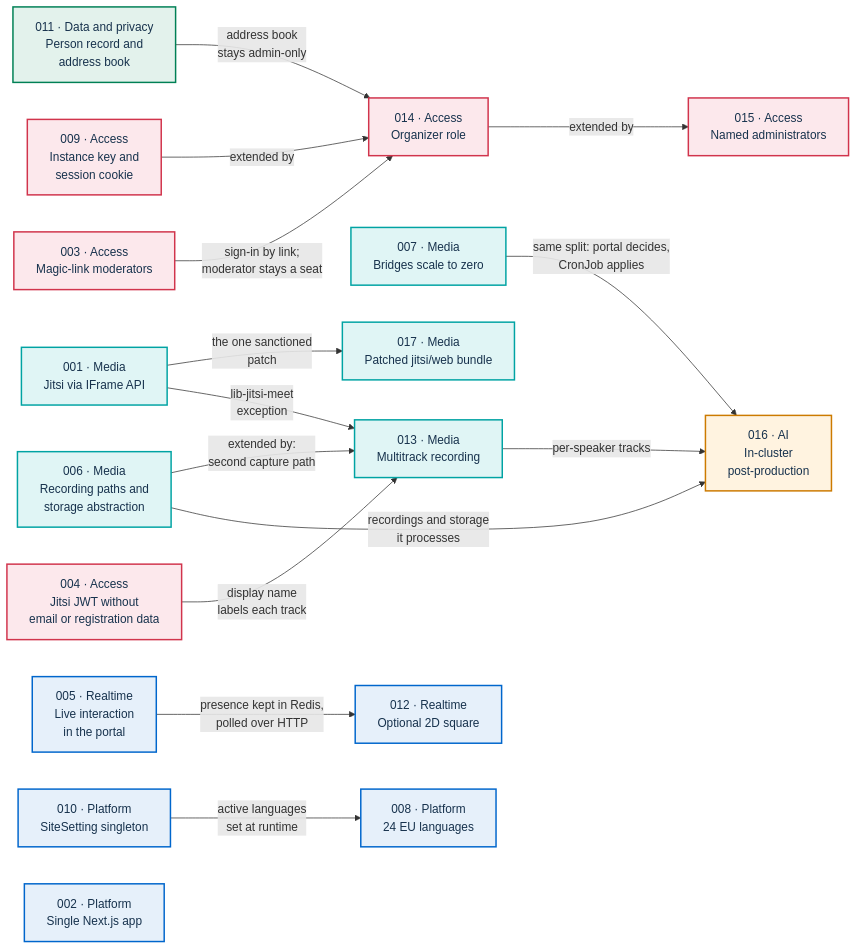
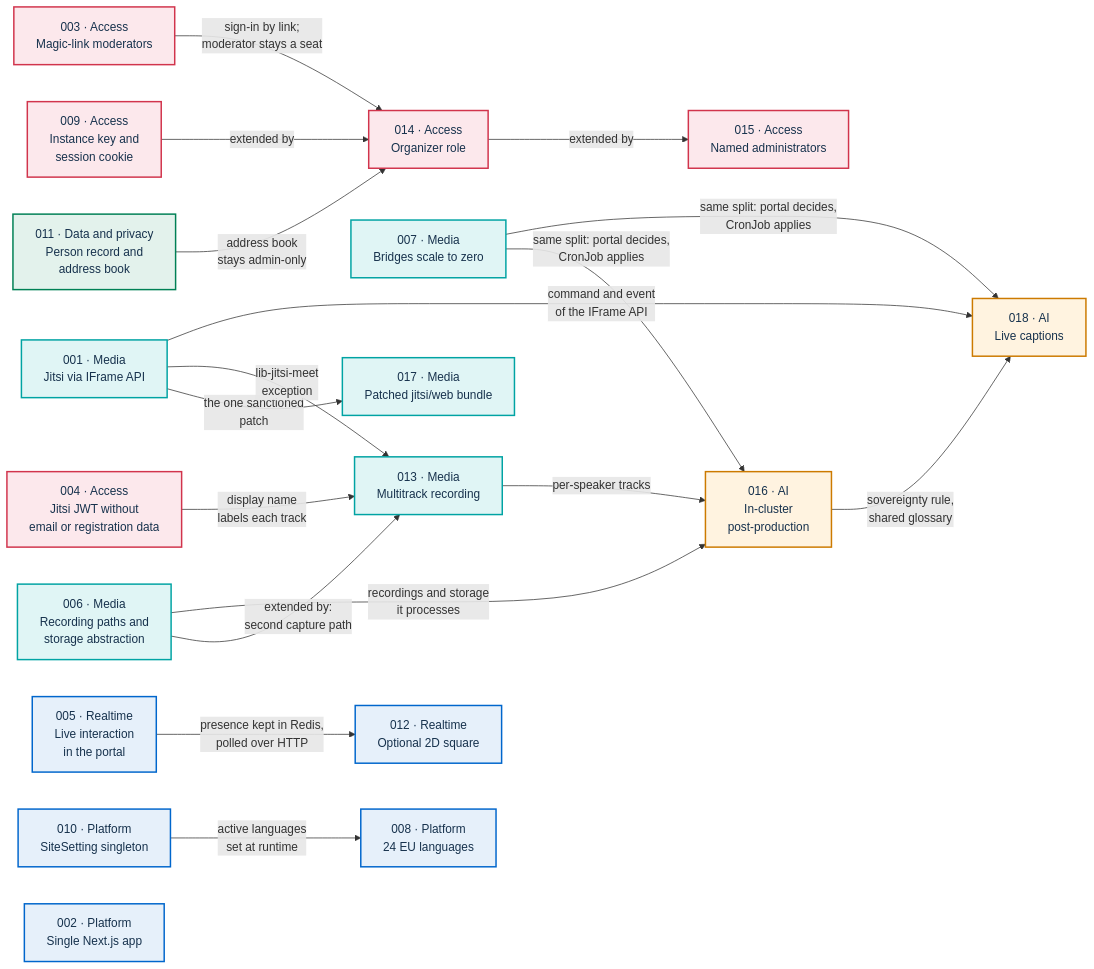
One commit to italia/pa-webinar changed the first of 2 diagrams in docs/adr/README.md. Above: the diagram before and after it, drawn with Mermaid. The commit also changed other lines of this file and 21 other files, not shown here.

````diff
--- a/docs/adr/README.md
+++ b/docs/adr/README.md
@@ -51,40 +52,44 @@
 ```mermaid
 flowchart LR
     A011["011 · Data and privacy<br/>Person record and<br/>address book"]:::data
     A009["009 · Access<br/>Instance key and<br/>session cookie"]:::risk
     A003["003 · Access<br/>Magic-link moderators"]:::risk
     A014["014 · Access<br/>Organizer role"]:::risk
     A015["015 · Access<br/>Named administrators"]:::risk
     A007["007 · Media<br/>Bridges scale to zero"]:::media
     A004["004 · Access<br/>Jitsi JWT without<br/>email or registration data"]:::risk
     A001["001 · Media<br/>Jitsi via IFrame API"]:::media
     A017["017 · Media<br/>Patched jitsi/web bundle"]:::media
     A006["006 · Media<br/>Recording paths and<br/>storage abstraction"]:::media
     A013["013 · Media<br/>Multitrack recording"]:::media
     A016["016 · AI<br/>In-cluster<br/>post-production"]:::job
+    A018["018 · AI<br/>Live captions"]:::job
     A005["005 · Realtime<br/>Live interaction<br/>in the portal"]:::portal
     A012["012 · Realtime<br/>Optional 2D square"]:::portal
     A010["010 · Platform<br/>SiteSetting singleton"]:::portal
     A008["008 · Platform<br/>24 EU languages"]:::portal
     A002["002 · Platform<br/>Single Next.js app"]:::portal
 
     A011 -->|"address book<br/>stays admin-only"| A014
     A009 -->|"extended by"| A014
     A003 -->|"sign-in by link;<br/>moderator stays a seat"| A014
     A014 -->|"extended by"| A015
     A001 -->|"the one sanctioned<br/>patch"| A017
     A001 -->|"lib-jitsi-meet<br/>exception"| A013
     A004 -->|"display name<br/>labels each track"| A013
     A006 -->|"extended by:<br/>second capture path"| A013
     A006 -->|"recordings and storage<br/>it processes"| A016
     A013 -->|"per-speaker tracks"| A016
     A007 -->|"same split: portal decides,<br/>CronJob applies"| A016
+    A007 -->|"same split: portal decides,<br/>CronJob applies"| A018
+    A016 -->|"sovereignty rule,<br/>shared glossary"| A018
+    A001 -->|"command and event<br/>of the IFrame API"| A018
     A005 -->|"presence kept in Redis,<br/>polled over HTTP"| A012
     A010 -->|"active languages<br/>set at runtime"| A008
 
     classDef portal fill:#E6F0FA,stroke:#0066CC,stroke-width:2px,color:#17324D
     classDef risk fill:#FCE8EC,stroke:#D1344C,stroke-width:2px,color:#17324D
     classDef media fill:#E0F5F5,stroke:#00A3A3,stroke-width:2px,color:#17324D
     classDef data fill:#E3F2EC,stroke:#008055,stroke-width:2px,color:#17324D
     classDef job fill:#FFF3E0,stroke:#CC7A00,stroke-width:2px,color:#17324D
 ```
````
